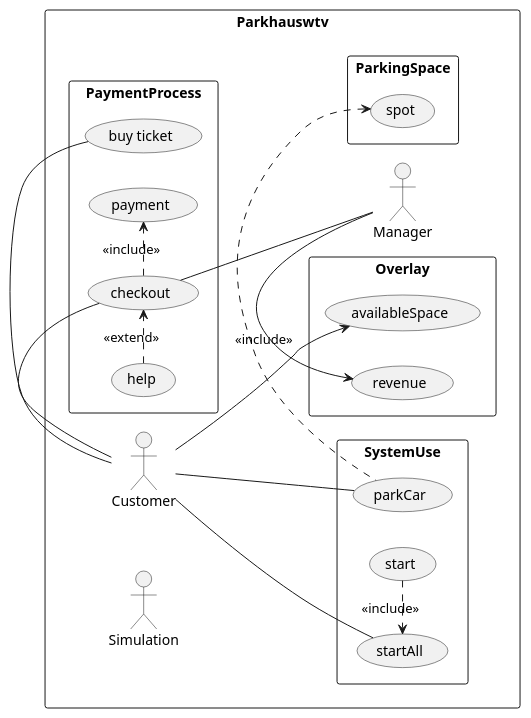
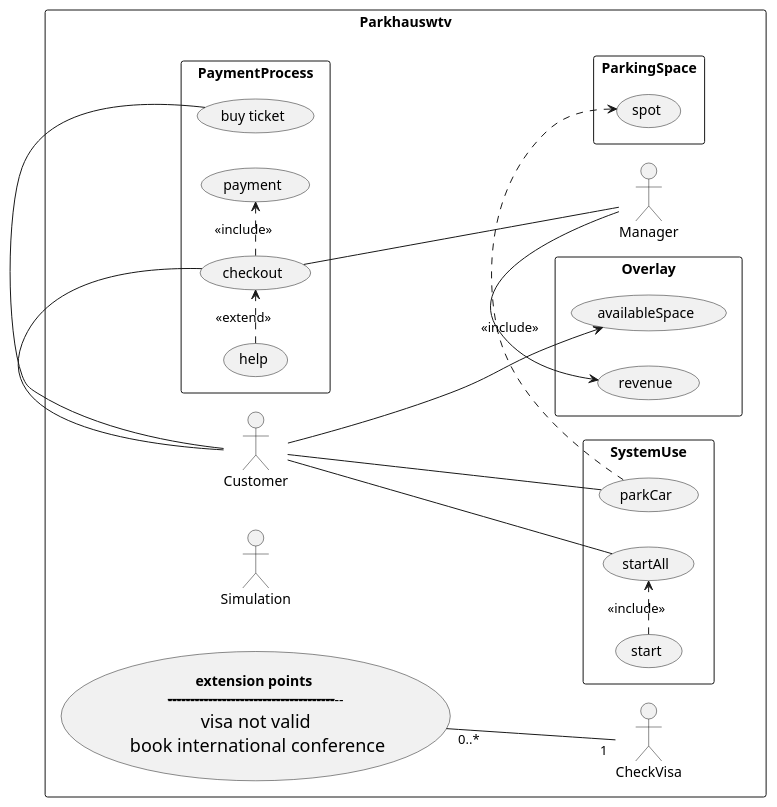
One commit to 1nbetw33n/Parkhaus_new changed the diagram in src/main/exercise4/uc_Parkhaus.puml. Above: the diagram before and after it, drawn with PlantUML.

Commit message:
extension points added.

```diff
--- a/src/main/exercise4/uc_Parkhaus.puml
+++ b/src/main/exercise4/uc_Parkhaus.puml
@@ -1,39 +1,40 @@
 @startuml
 left to right direction
 skinparam packageStyle rectangle
 
 package Parkhauswtv {
 actor Simulation
 actor Customer
 actor Manager
 
 rectangle SystemUse {
   Customer -- (startAll)
   (start) .> (startAll) : <<include>>
   Customer -- (parkCar)
 }
 
 rectangle ParkingSpace {
   (spot) <. (parkCar) : <<include>>
 
 }
 
 rectangle PaymentProcess {
   (checkout) .> (payment) : <<include>>
 
   Customer - (buy ticket)
 
   Customer - (checkout)
   (help) .> (checkout) : <<extend>>
   (checkout) -- Manager
   }
 
 rectangle Overlay {
   Customer -> (availableSpace)
   Manager -> (revenue)
 }
 
 
+    (**extension points** \n ------------------------------------------------------------------------------------------------------------------------------------------------------------------------------------------- \n <size:18>visa not valid</size> \n <size:18>book international conference</size>) "0..*" -- "1" CheckVisa
 
 }
 @enduml
```
